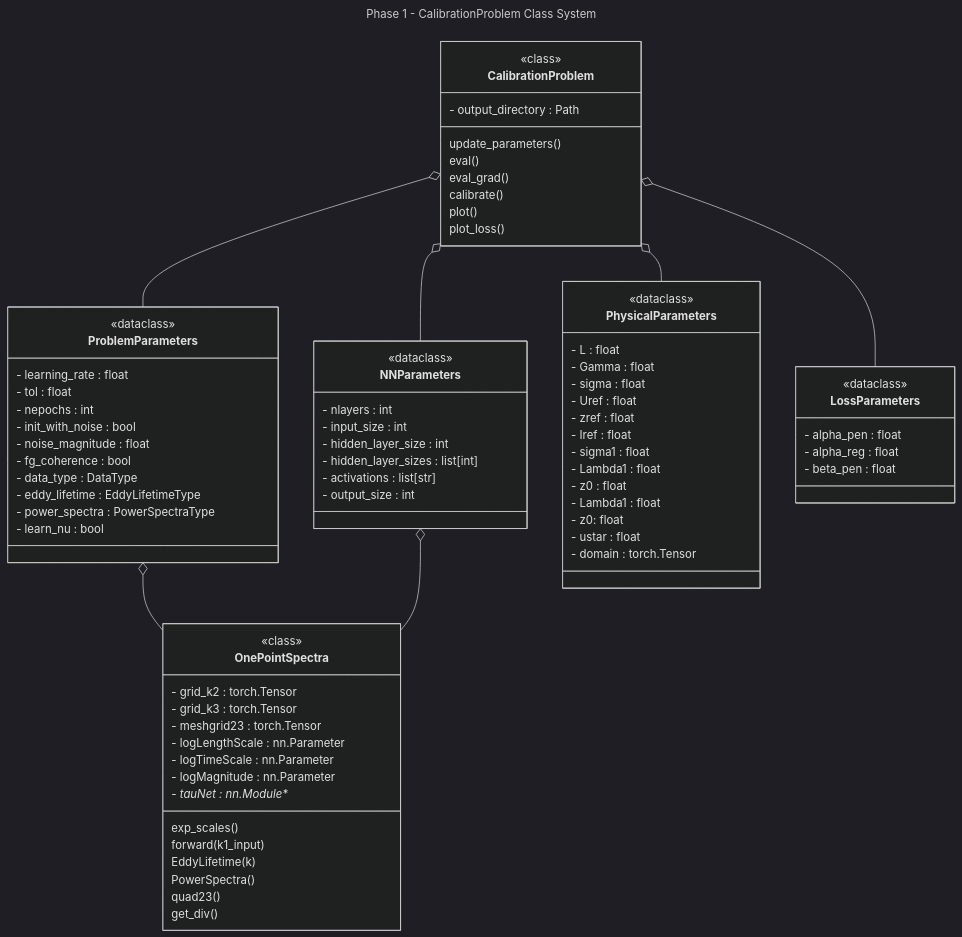
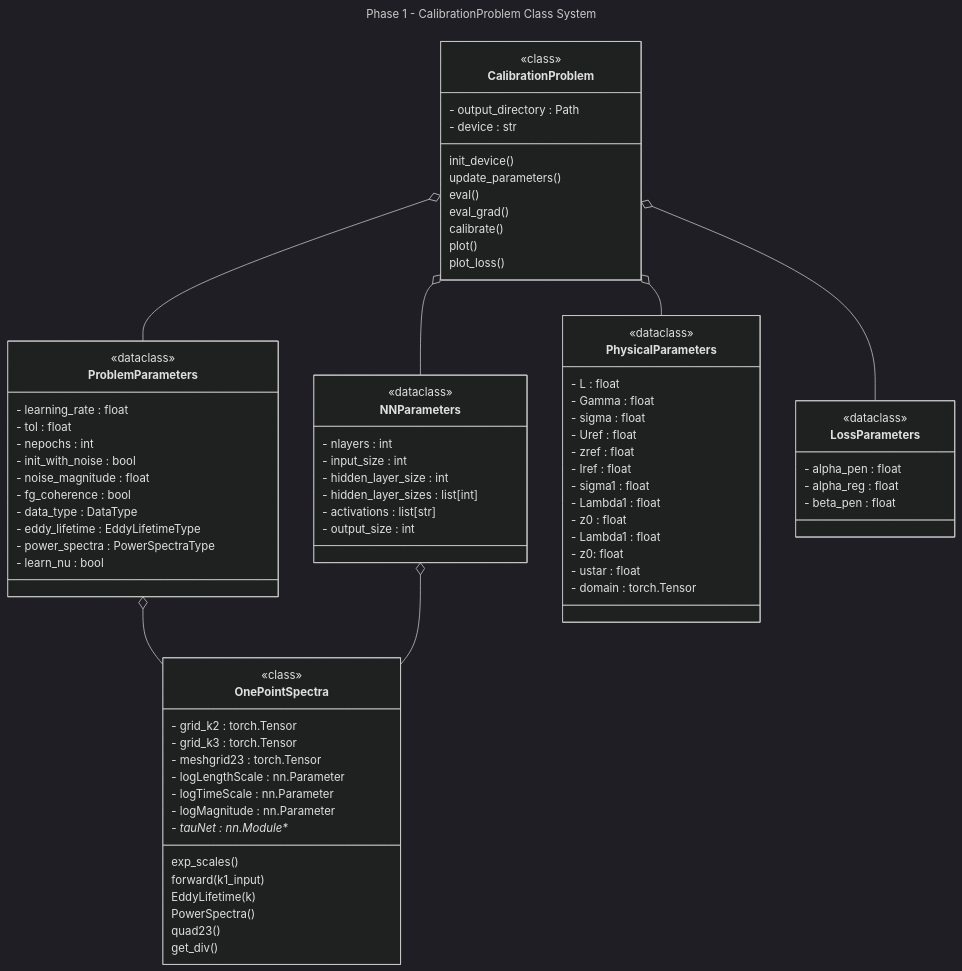
The diagram in README.md (METHODS-Group/DRDMannTurb), drawn with Mermaid (dark theme) before and after one commit. The commit also changed other lines of this file and 6 other files, not shown here.

```diff
--- a/README.md
+++ b/README.md
@@ -32,6 +32,8 @@
     class CalibrationProblem {
         <<class>>
         - output_directory : Path
+        - device : str
+        init_device()
         update_parameters() 
         eval()
         eval_grad() 
```
